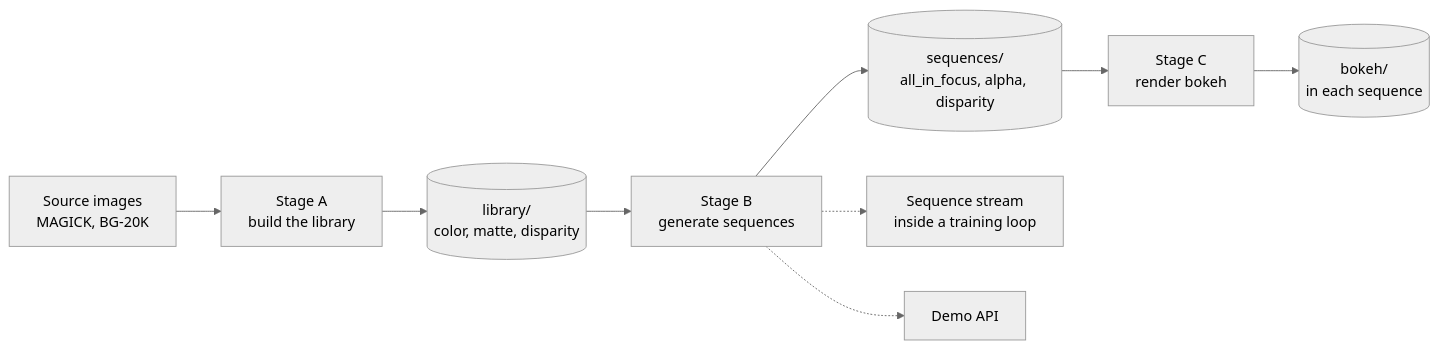
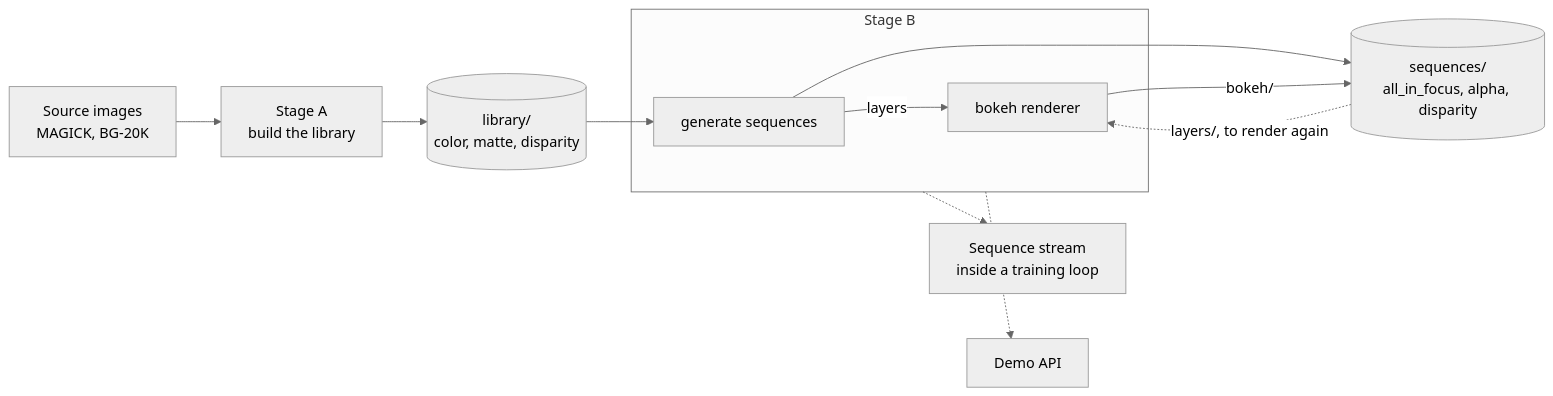
Before and after one commit to ViacheslavDanilov/video-bokeh: the diagram in docs/explanation/pipeline-explainer.md, drawn with Mermaid (neutral theme). The commit also changed other lines of this file and 28 other files, not shown here.

First line of the commit message:
Describe two stages, with the renderer inside Stage B (#132)

````diff
--- a/docs/explanation/pipeline-explainer.md
+++ b/docs/explanation/pipeline-explainer.md
@@ -28,11 +28,14 @@
 ```mermaid
 flowchart LR
   pools["Source images<br/>MAGICK, BG-20K"] --> A["Stage A<br/>build the library"]
   A --> lib[("library/<br/>color, matte, disparity")]
-  lib --> B["Stage B<br/>generate sequences"]
-  B --> seq[("sequences/<br/>all_in_focus, alpha, disparity")]
-  seq --> C["Stage C<br/>render bokeh"]
-  C --> bokeh[("bokeh/<br/>in each sequence")]
+  lib --> gen
+  subgraph B["Stage B"]
+    gen["generate sequences"] -->|layers| render["bokeh renderer"]
+  end
+  gen --> seq[("sequences/<br/>all_in_focus, alpha, disparity")]
+  render -->|"bokeh/"| seq
+  seq -.->|"layers/, to render again"| render
   B -.-> stream["Sequence stream<br/>inside a training loop"]
   B -.-> api["Demo API"]
 ```
````
